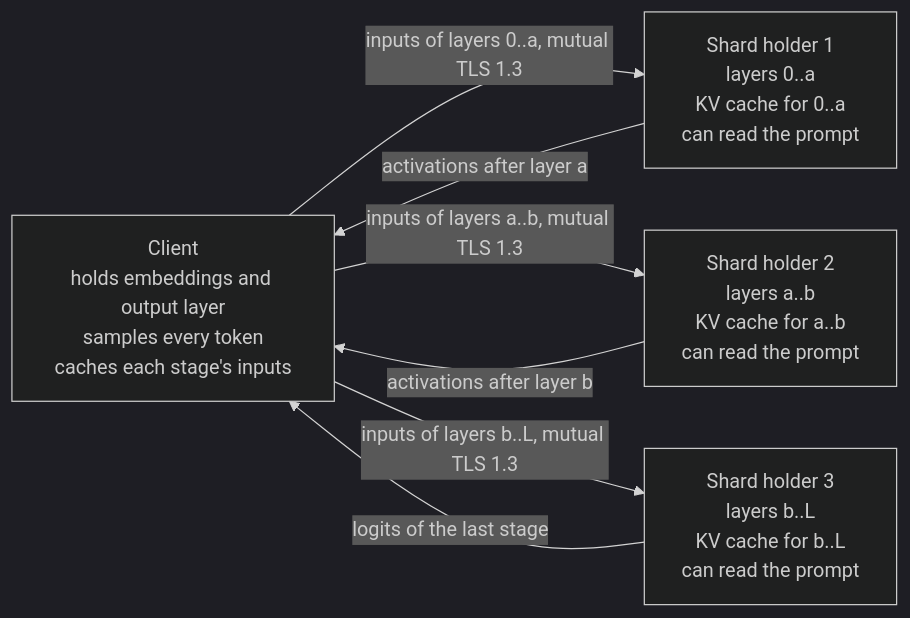
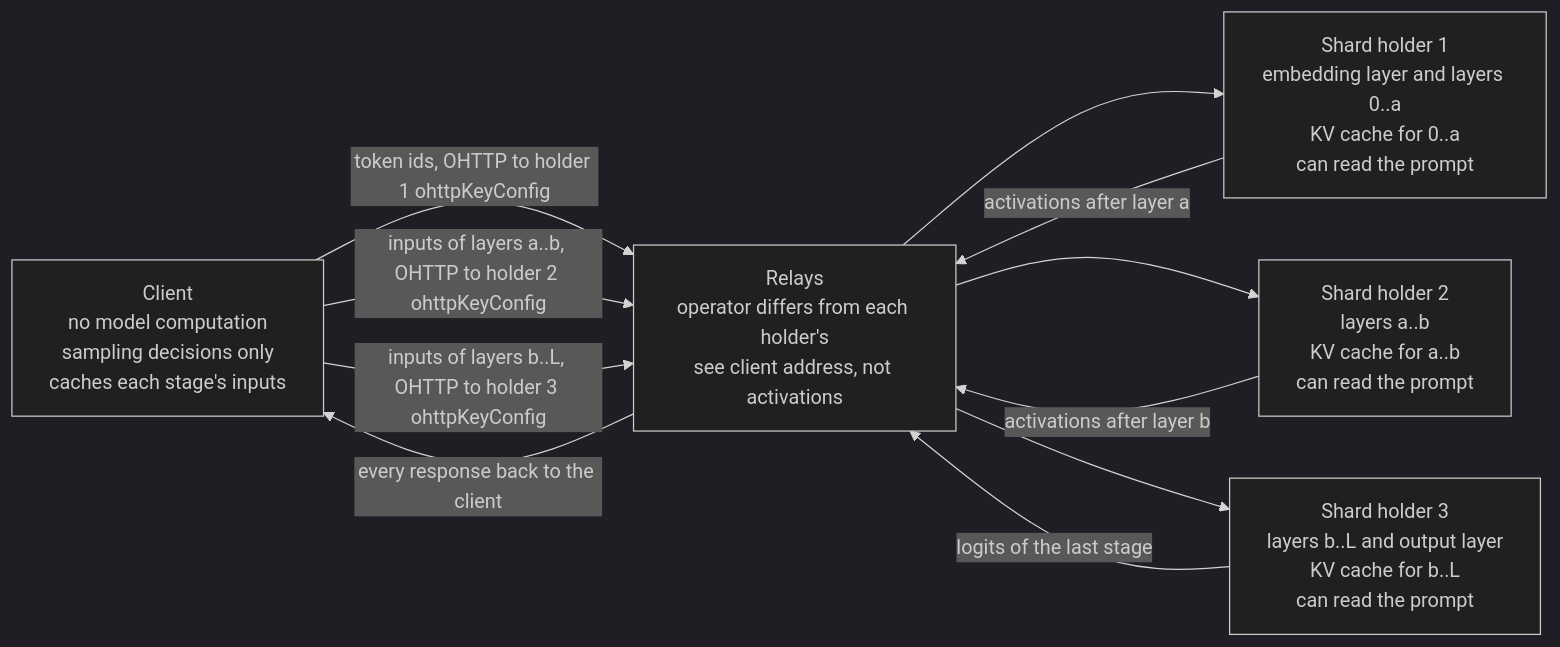
The first of 2 diagrams in docs/node/distributed-execution.md (Comuns-ai/comuns), drawn with Mermaid (dark theme) before and after one commit. The commit also changed other lines of this file and 43 other files, not shown here.

````diff
--- a/docs/node/distributed-execution.md
+++ b/docs/node/distributed-execution.md
@@ -63,10 +67,18 @@
 ```mermaid
 flowchart LR
-    C[Client<br/>holds embeddings and output layer<br/>samples every token<br/>caches each stage's inputs]
-    C -->|inputs of layers 0..a, mutual TLS 1.3| H1[Shard holder 1<br/>layers 0..a<br/>KV cache for 0..a<br/>can read the prompt]
-    H1 -->|activations after layer a| C
-    C -->|inputs of layers a..b, mutual TLS 1.3| H2[Shard holder 2<br/>layers a..b<br/>KV cache for a..b<br/>can read the prompt]
-    H2 -->|activations after layer b| C
-    C -->|inputs of layers b..L, mutual TLS 1.3| H3[Shard holder 3<br/>layers b..L<br/>KV cache for b..L<br/>can read the prompt]
-    H3 -->|logits of the last stage| C
+    C[Client<br/>no model computation<br/>sampling decisions only<br/>caches each stage's inputs]
+    R[Relays<br/>operator differs from each holder's<br/>see client address, not activations]
+    H1[Shard holder 1<br/>embedding layer and layers 0..a<br/>KV cache for 0..a<br/>can read the prompt]
+    H2[Shard holder 2<br/>layers a..b<br/>KV cache for a..b<br/>can read the prompt]
+    H3[Shard holder 3<br/>layers b..L and output layer<br/>KV cache for b..L<br/>can read the prompt]
+    C -->|token ids, OHTTP to holder 1 ohttpKeyConfig| R
+    R --> H1
+    H1 -->|activations after layer a| R
+    C -->|inputs of layers a..b, OHTTP to holder 2 ohttpKeyConfig| R
+    R --> H2
+    H2 -->|activations after layer b| R
+    C -->|inputs of layers b..L, OHTTP to holder 3 ohttpKeyConfig| R
+    R --> H3
+    H3 -->|logits of the last stage| R
+    R -->|every response back to the client| C
 ```
````
